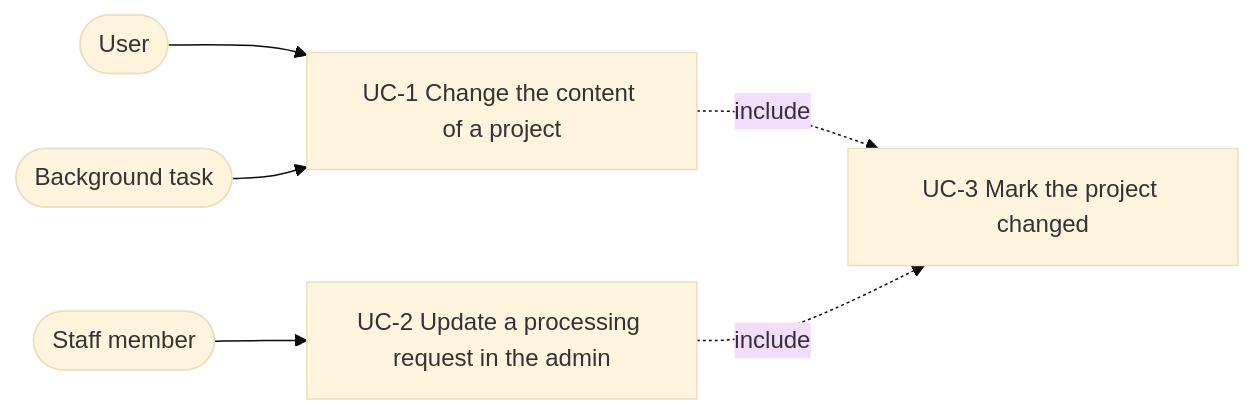
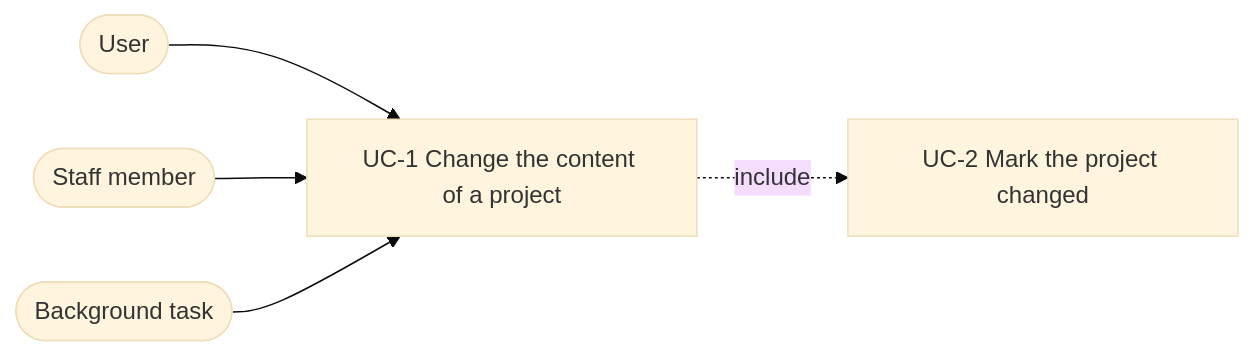
Before and after one commit to asr4memory/mmt-py: the diagram in specs/2026-10-12-project-content-changes.md, drawn with Mermaid (base theme). The commit also changed other lines of this file, not shown here.

Commit message:
Mark project changes in the content models instead of use-case functions

````diff
--- a/specs/2026-10-12-project-content-changes.md
+++ b/specs/2026-10-12-project-content-changes.md
@@ -39,16 +48,14 @@
 ```mermaid
 flowchart LR
   user([User])
   staff([Staff member])
   task([Background task])
 
   uc1[UC-1 Change the content of a project]
-  uc2[UC-2 Update a processing request in the admin]
-  uc3[UC-3 Mark the project changed]
+  uc2[UC-2 Mark the project changed]
 
   user --> uc1
+  staff --> uc1
   task --> uc1
-  staff --> uc2
-  uc1 -. include .-> uc3
-  uc2 -. include .-> uc3
+  uc1 -. include .-> uc2
 ```
````
